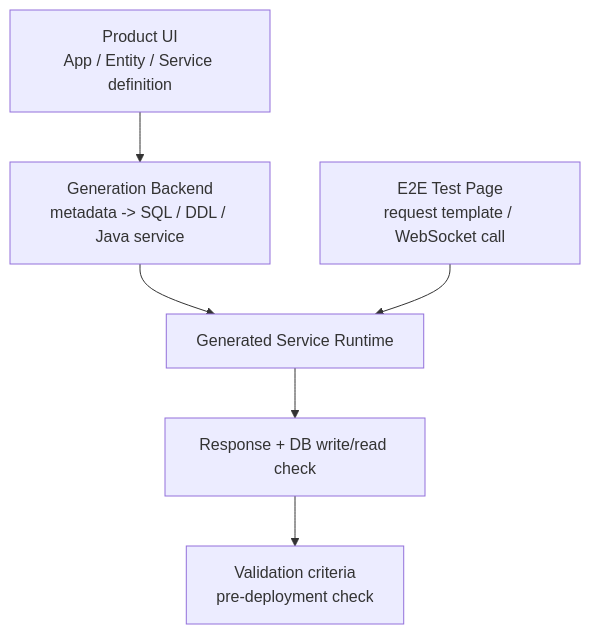
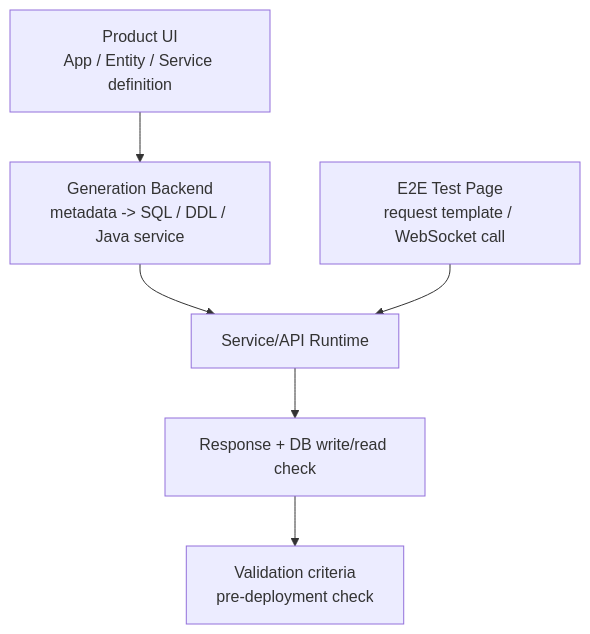
Before and after one commit to zmrdltl/portfolio: the first of 2 diagrams in docs/experience/tmaxcloud.en.md, drawn with Mermaid. The commit also changed other lines of this file and 19 other files, not shown here.

````diff
--- a/docs/experience/tmaxcloud.en.md
+++ b/docs/experience/tmaxcloud.en.md
@@ -27,15 +28,15 @@
 ```mermaid
 flowchart TD
   ui["Product UI\nApp / Entity / Service definition"]
   generator["Generation Backend\nmetadata -> SQL / DDL / Java service"]
-  runtime["Generated Service Runtime"]
+  runtime["Service/API Runtime"]
   tester["E2E Test Page\nrequest template / WebSocket call"]
   validation["Response + DB write/read check"]
   gate["Validation criteria\npre-deployment check"]
 
   ui --> generator
   generator --> runtime
   tester --> runtime
   runtime --> validation
   validation --> gate
 ```
````
